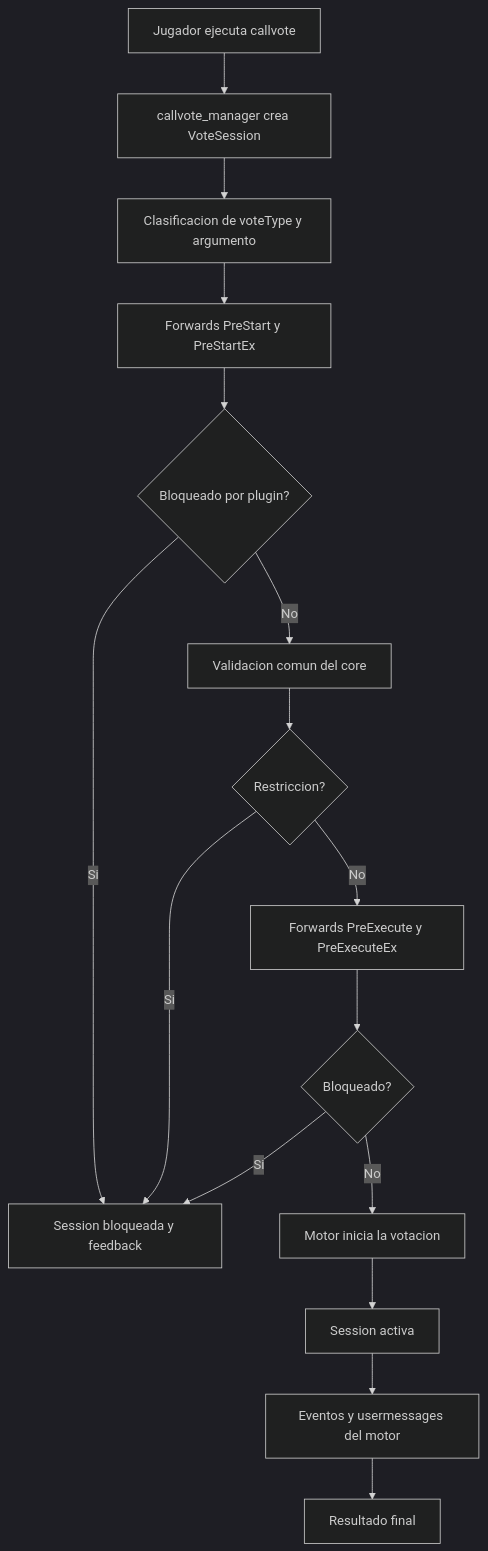
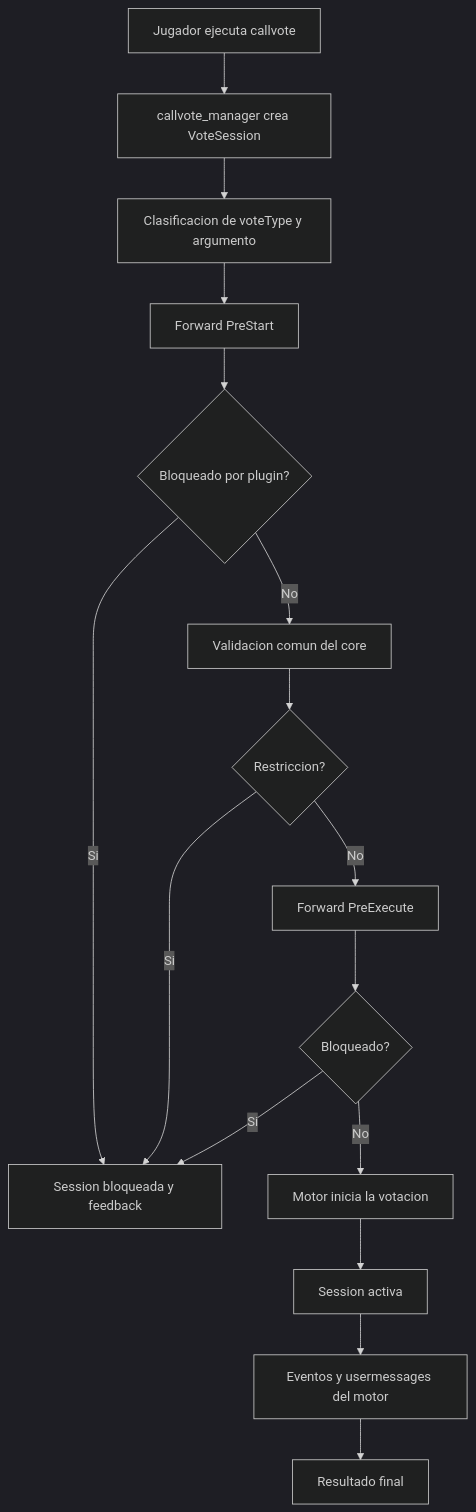
Before and after one commit to AoC-Gamers/CallVote-Manager: the first of 2 diagrams in docs/README_MANAGER.md, drawn with Mermaid (dark theme). The commit also changed other lines of this file and 25 other files, not shown here.

````diff
--- a/docs/README_MANAGER.md
+++ b/docs/README_MANAGER.md
@@ -45,18 +45,18 @@
 ```mermaid
 flowchart TD
     A[Jugador ejecuta callvote] --> B[callvote_manager crea VoteSession]
     B --> C[Clasificacion de voteType y argumento]
-    C --> D[Forwards PreStart y PreStartEx]
+    C --> D[Forward PreStart]
     D --> E{Bloqueado por plugin?}
     E -- Si --> F[Session bloqueada y feedback]
     E -- No --> G[Validacion comun del core]
     G --> H{Restriccion?}
     H -- Si --> F
-    H -- No --> I[Forwards PreExecute y PreExecuteEx]
+    H -- No --> I[Forward PreExecute]
     I --> J{Bloqueado?}
     J -- Si --> F
     J -- No --> K[Motor inicia la votacion]
     K --> L[Session activa]
     L --> M[Eventos y usermessages del motor]
     M --> N[Resultado final]
 ```
````
